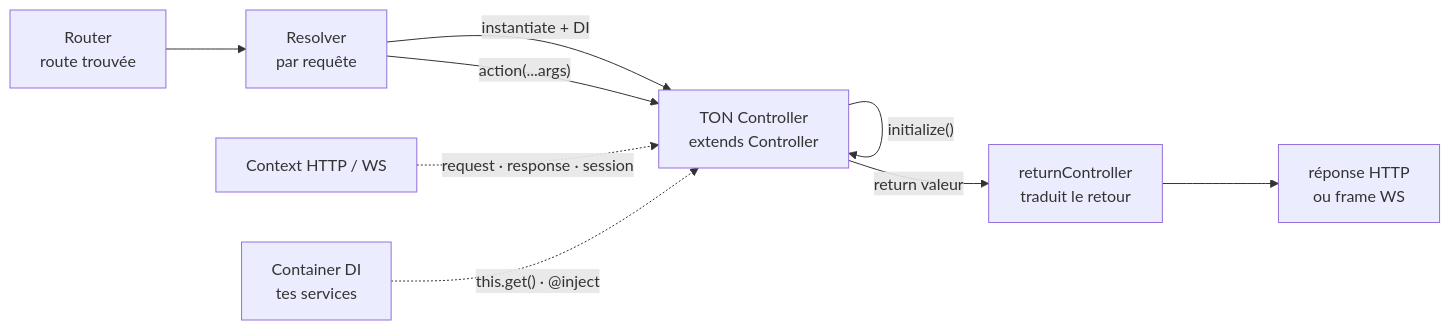
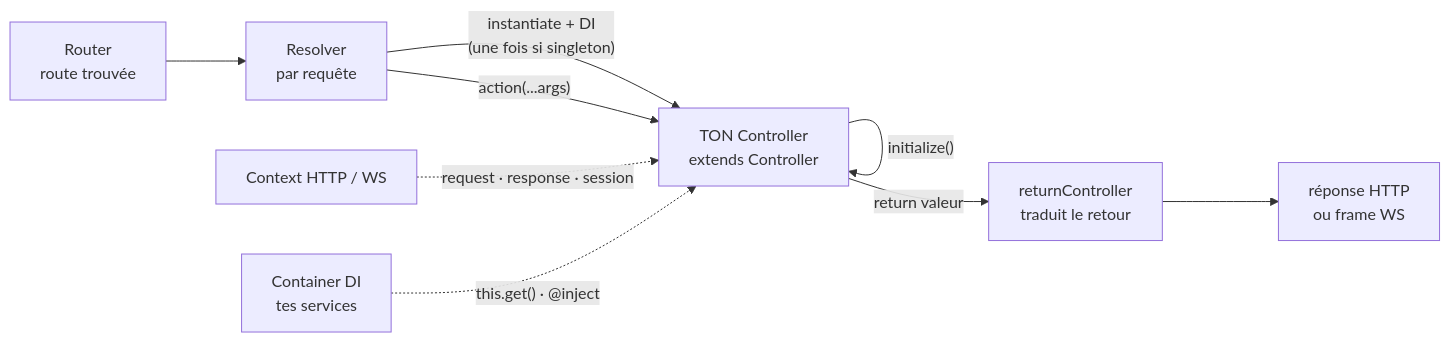
Before and after one commit to nodefony/nodefony-core: the first of 2 diagrams in src/packages/@nodefony/framework/docs/controller.md, drawn with Mermaid. The commit also changed other lines of this file and 26 other files, not shown here.

````diff
--- a/src/packages/@nodefony/framework/docs/controller.md
+++ b/src/packages/@nodefony/framework/docs/controller.md
@@ -34,11 +35,11 @@
 ```mermaid
 flowchart LR
   RT["Router<br/>route trouvée"] --> RS["Resolver<br/>par requête"]
-  RS -->|"instantiate + DI"| CT["TON Controller<br/>extends Controller"]
+  RS -->|"instantiate + DI<br/>(une fois si singleton)"| CT["TON Controller<br/>extends Controller"]
   CT -->|"initialize()"| CT
   RS -->|"action(...args)"| CT
   CT -->|"return valeur"| RC["returnController<br/>traduit le retour"]
   RC --> OUT["réponse HTTP<br/>ou frame WS"]
   CTX["Context HTTP / WS"] -.->|"request · response · session"| CT
   DI["Container DI<br/>tes services"] -.->|"this.get() · @inject"| CT
 ```
````
